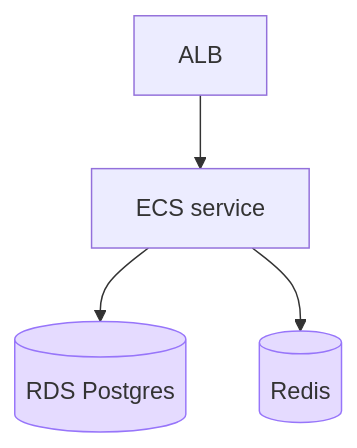
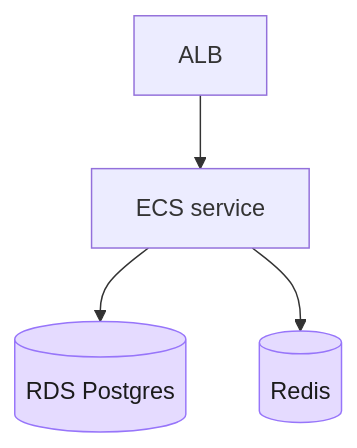
One commit to scottyroges/visual-skills changed the fourth of 31 diagrams in skills/shared/diagrams.md. Above: the diagram before and after it, drawn with Mermaid. The commit also changed other lines of this file and 2 other files, not shown here.

````diff
--- a/skills/shared/diagrams.md
+++ b/skills/shared/diagrams.md
@@ -124,8 +127,8 @@
 ```mermaid
 flowchart TD
   ALB --> ECS[ECS service]
   ECS --> RDS[(RDS Postgres)]
   ECS --> Redis[(Redis)]
-  classDef store fill:#e5dbff,stroke:#9775fa;
+  classDef store fill:#e5dbff,stroke:#9775fa,color:#1b1b1b;
   class RDS,Redis store;
 ```
````
